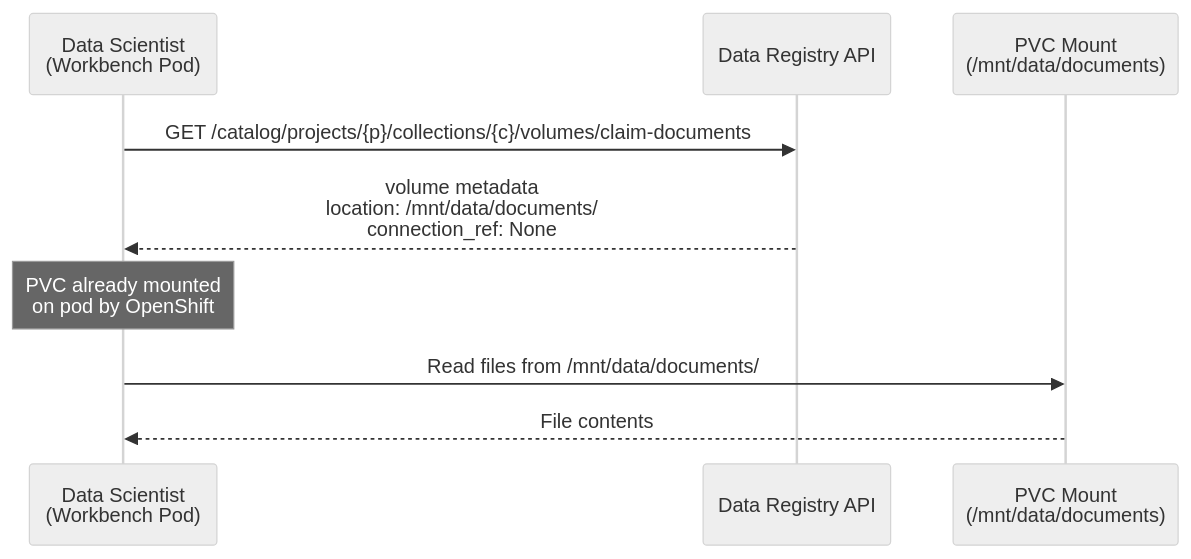
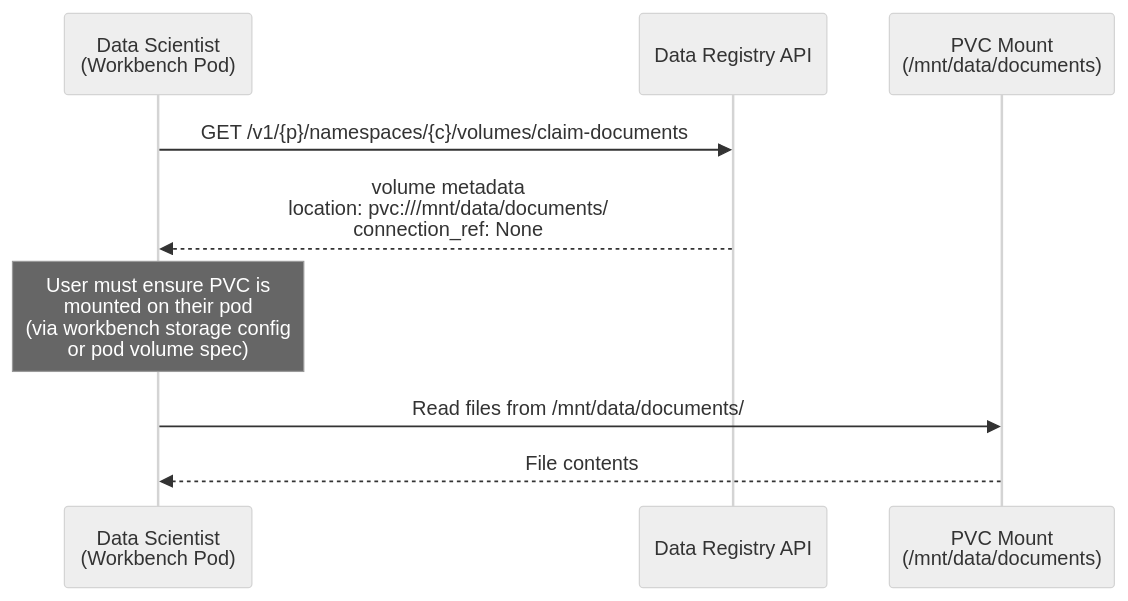
Before and after one commit to opendatahub-io/architecture-decision-records: the fifth of 5 diagrams in architecture-decision-records/data-registry/ODH-ADR-DR-0002-data-registry-dch-integration.md, drawn with Mermaid (neutral theme). The commit also changed other lines of this file, not shown here.

````diff
--- a/architecture-decision-records/data-registry/ODH-ADR-DR-0002-data-registry-dch-integration.md
+++ b/architecture-decision-records/data-registry/ODH-ADR-DR-0002-data-registry-dch-integration.md
@@ -147,14 +187,14 @@
 ```mermaid
 sequenceDiagram
     participant User as Data Scientist<br/>(Workbench Pod)
     participant DR as Data Registry API
     participant PVC as PVC Mount<br/>(/mnt/data/documents)
 
-    User->>DR: GET /catalog/projects/{p}/collections/{c}/volumes/claim-documents
-    DR-->>User: volume metadata<br/>location: /mnt/data/documents/<br/>connection_ref: None
+    User->>DR: GET /v1/{p}/namespaces/{c}/volumes/claim-documents
+    DR-->>User: volume metadata<br/>location: pvc:///mnt/data/documents/<br/>connection_ref: None
 
-    Note over User: PVC already mounted<br/>on pod by OpenShift
+    Note over User: User must ensure PVC is<br/>mounted on their pod<br/>(via workbench storage config<br/>or pod volume spec)
 
     User->>PVC: Read files from /mnt/data/documents/
     PVC-->>User: File contents
 ```
````
